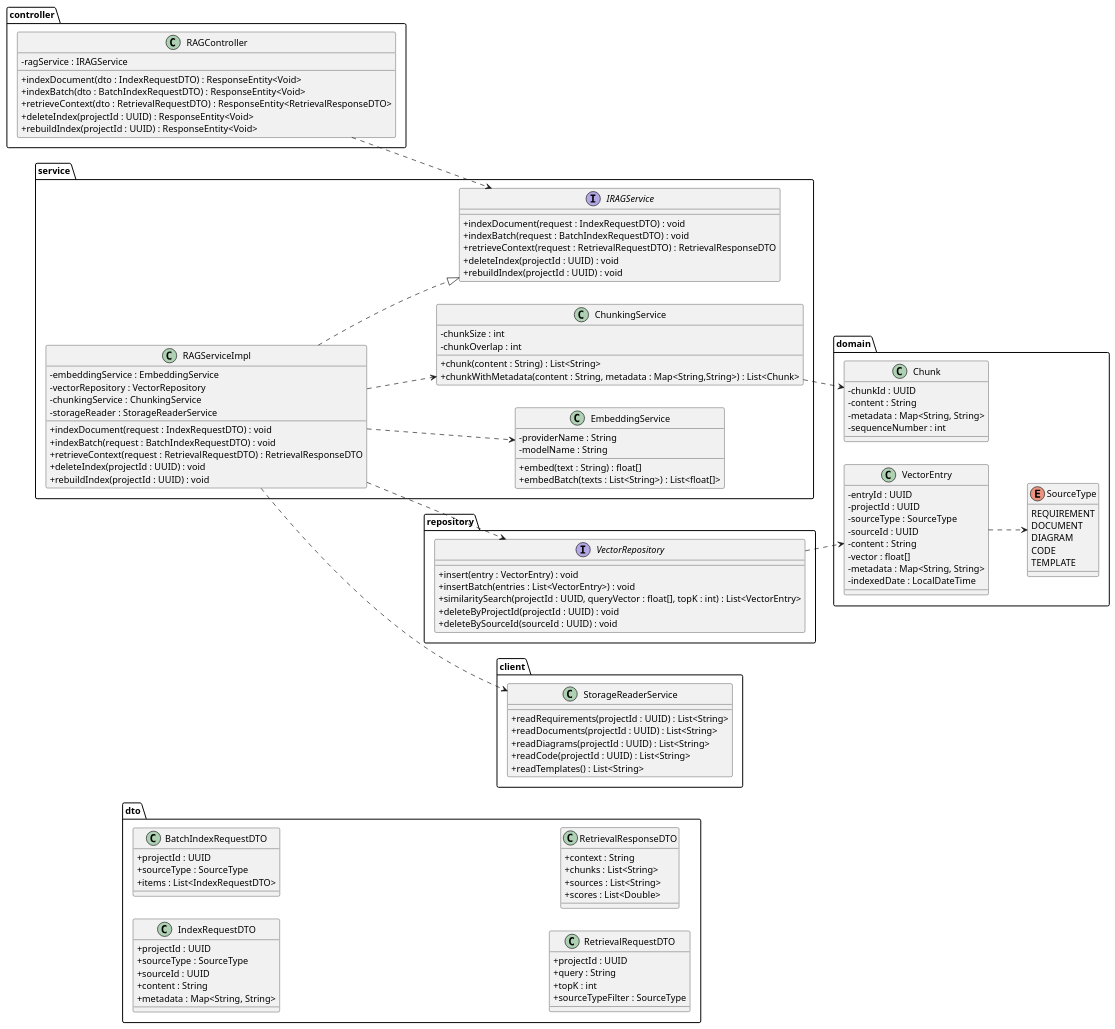
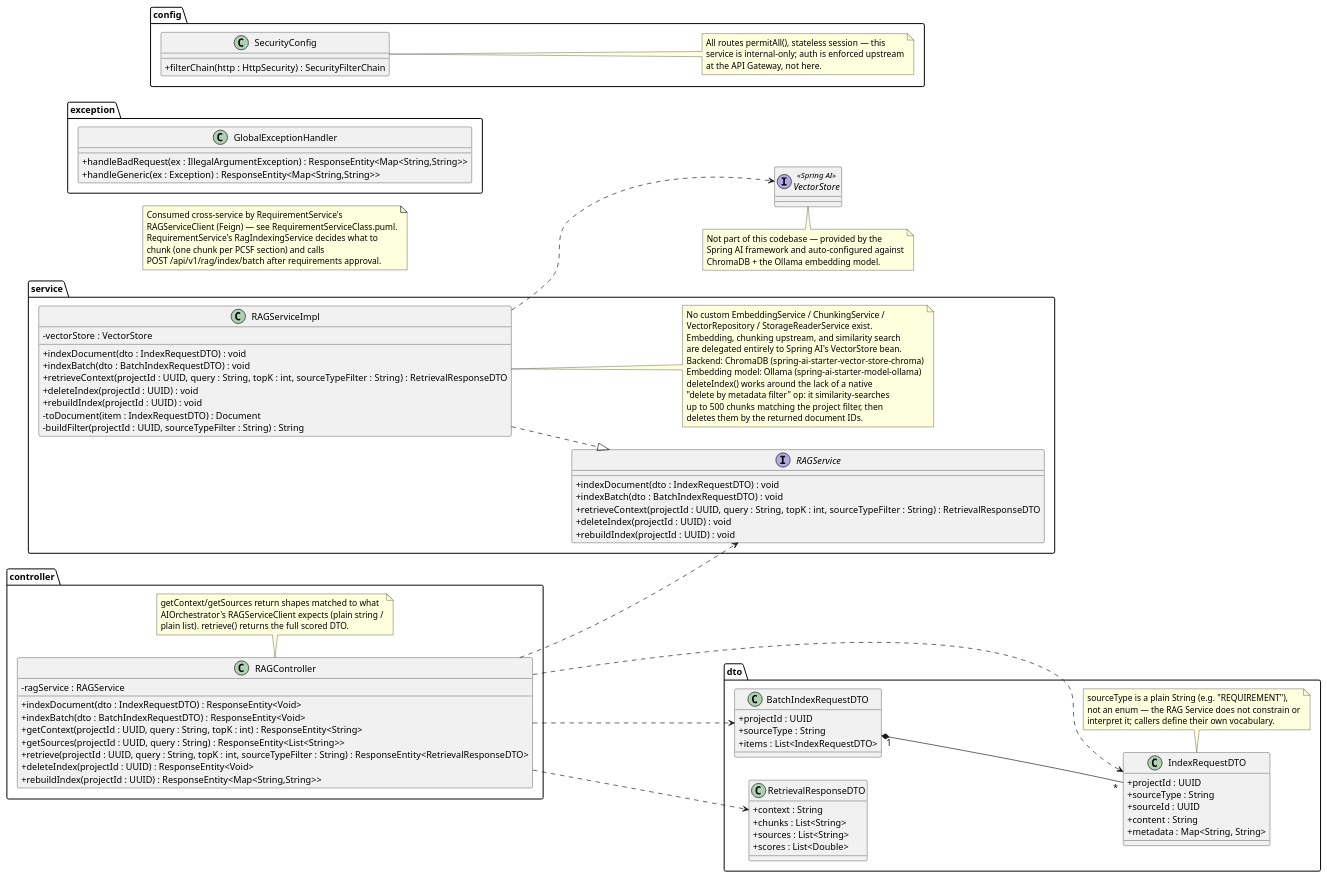
Before and after one commit to Astera-Lainey/Astyann: the diagram in backend/RAG service.puml, drawn with PlantUML. The commit also changed 3 other files, not shown here.

```diff
--- a/backend/RAG service.puml
+++ b/backend/RAG service.puml
@@ -4,140 +4,131 @@
 @startuml RAGService_DesignClass
 left to right direction
 skinparam classAttributeIconSize 0
 
 package "controller" {
   class RAGController {
-    -ragService : IRAGService
+    -ragService : RAGService
     +indexDocument(dto : IndexRequestDTO) : ResponseEntity<Void>
     +indexBatch(dto : BatchIndexRequestDTO) : ResponseEntity<Void>
-    +retrieveContext(dto : RetrievalRequestDTO) : ResponseEntity<RetrievalResponseDTO>
+    +getContext(projectId : UUID, query : String, topK : int) : ResponseEntity<String>
+    +getSources(projectId : UUID, query : String) : ResponseEntity<List<String>>
+    +retrieve(projectId : UUID, query : String, topK : int, sourceTypeFilter : String) : ResponseEntity<RetrievalResponseDTO>
     +deleteIndex(projectId : UUID) : ResponseEntity<Void>
-    +rebuildIndex(projectId : UUID) : ResponseEntity<Void>
+    +rebuildIndex(projectId : UUID) : ResponseEntity<Map<String,String>>
   }
+
+  note bottom of RAGController
+    getContext/getSources return shapes matched to what
+    AIOrchestrator's RAGServiceClient expects (plain string /
+    plain list). retrieve() returns the full scored DTO.
+  end note
 }
 
 package "service" {
-  interface IRAGService {
-    +indexDocument(request : IndexRequestDTO) : void
-    +indexBatch(request : BatchIndexRequestDTO) : void
-    +retrieveContext(request : RetrievalRequestDTO) : RetrievalResponseDTO
+  interface RAGService {
+    +indexDocument(dto : IndexRequestDTO) : void
+    +indexBatch(dto : BatchIndexRequestDTO) : void
+    +retrieveContext(projectId : UUID, query : String, topK : int, sourceTypeFilter : String) : RetrievalResponseDTO
     +deleteIndex(projectId : UUID) : void
     +rebuildIndex(projectId : UUID) : void
   }
 
   class RAGServiceImpl {
-    -embeddingService : EmbeddingService
-    -vectorRepository : VectorRepository
-    -chunkingService : ChunkingService
-    -storageReader : StorageReaderService
-    +indexDocument(request : IndexRequestDTO) : void
-    +indexBatch(request : BatchIndexRequestDTO) : void
-    +retrieveContext(request : RetrievalRequestDTO) : RetrievalResponseDTO
+    -vectorStore : VectorStore
+    +indexDocument(dto : IndexRequestDTO) : void
+    +indexBatch(dto : BatchIndexRequestDTO) : void
+    +retrieveContext(projectId : UUID, query : String, topK : int, sourceTypeFilter : String) : RetrievalResponseDTO
     +deleteIndex(projectId : UUID) : void
     +rebuildIndex(projectId : UUID) : void
+    -toDocument(item : IndexRequestDTO) : Document
+    -buildFilter(projectId : UUID, sourceTypeFilter : String) : String
   }
 
-  class EmbeddingService {
-    -providerName : String
-    -modelName : String
-    +embed(text : String) : float[]
-    +embedBatch(texts : List<String>) : List<float[]>
-  }
-
-  class ChunkingService {
-    -chunkSize : int
-    -chunkOverlap : int
-    +chunk(content : String) : List<String>
-    +chunkWithMetadata(content : String, metadata : Map<String,String>) : List<Chunk>
-  }
-}
-
-package "domain" {
-  class VectorEntry {
-    -entryId : UUID
-    -projectId : UUID
-    -sourceType : SourceType
-    -sourceId : UUID
-    -content : String
-    -vector : float[]
-    -metadata : Map<String, String>
-    -indexedDate : LocalDateTime
-  }
-
-  class Chunk {
-    -chunkId : UUID
-    -content : String
-    -metadata : Map<String, String>
-    -sequenceNumber : int
-  }
-
-  enum SourceType {
-    REQUIREMENT
-    DOCUMENT
-    DIAGRAM
-    CODE
-    TEMPLATE
-  }
-}
-
-package "repository" {
-  interface VectorRepository {
-    +insert(entry : VectorEntry) : void
-    +insertBatch(entries : List<VectorEntry>) : void
-    +similaritySearch(projectId : UUID, queryVector : float[], topK : int) : List<VectorEntry>
-    +deleteByProjectId(projectId : UUID) : void
-    +deleteBySourceId(sourceId : UUID) : void
-  }
+  note right of RAGServiceImpl
+    No custom EmbeddingService / ChunkingService /
+    VectorRepository / StorageReaderService exist.
+    Embedding, chunking upstream, and similarity search
+    are delegated entirely to Spring AI's VectorStore bean.
+    Backend: ChromaDB (spring-ai-starter-vector-store-chroma)
+    Embedding model: Ollama (spring-ai-starter-model-ollama)
+    deleteIndex() works around the lack of a native
+    "delete by metadata filter" op: it similarity-searches
+    up to 500 chunks matching the project filter, then
+    deletes them by the returned document IDs.
+  end note
 }
 
 package "dto" {
   class IndexRequestDTO {
     +projectId : UUID
-    +sourceType : SourceType
+    +sourceType : String
     +sourceId : UUID
     +content : String
     +metadata : Map<String, String>
   }
 
   class BatchIndexRequestDTO {
     +projectId : UUID
-    +sourceType : SourceType
+    +sourceType : String
     +items : List<IndexRequestDTO>
-  }
-
-  class RetrievalRequestDTO {
-    +projectId : UUID
-    +query : String
-    +topK : int
-    +sourceTypeFilter : SourceType
   }
 
   class RetrievalResponseDTO {
     +context : String
     +chunks : List<String>
     +sources : List<String>
     +scores : List<Double>
   }
+
+  note bottom of IndexRequestDTO
+    sourceType is a plain String (e.g. "REQUIREMENT"),
+    not an enum — the RAG Service does not constrain or
+    interpret it; callers define their own vocabulary.
+  end note
 }
 
-package "client" {
-  class StorageReaderService {
-    +readRequirements(projectId : UUID) : List<String>
-    +readDocuments(projectId : UUID) : List<String>
-    +readDiagrams(projectId : UUID) : List<String>
-    +readCode(projectId : UUID) : List<String>
-    +readTemplates() : List<String>
+package "exception" {
+  class GlobalExceptionHandler {
+    +handleBadRequest(ex : IllegalArgumentException) : ResponseEntity<Map<String,String>>
+    +handleGeneric(ex : Exception) : ResponseEntity<Map<String,String>>
   }
 }
 
-RAGController       ..>  IRAGService
-RAGServiceImpl       ..|> IRAGService
-RAGServiceImpl       ..>  EmbeddingService
-RAGServiceImpl       ..>  VectorRepository
-RAGServiceImpl       ..>  ChunkingService
-RAGServiceImpl       ..>  StorageReaderService
-ChunkingService      ..>  Chunk
-VectorRepository     ..>  VectorEntry
-VectorEntry          ..>  SourceType
+package "config" {
+  class SecurityConfig {
+    +filterChain(http : HttpSecurity) : SecurityFilterChain
+  }
+
+  note right of SecurityConfig
+    All routes permitAll(), stateless session — this
+    service is internal-only; auth is enforced upstream
+    at the API Gateway, not here.
+  end note
+}
+
+interface VectorStore <<Spring AI>> {
+}
+
+note bottom of VectorStore
+  Not part of this codebase — provided by the
+  Spring AI framework and auto-configured against
+  ChromaDB + the Ollama embedding model.
+end note
+
+RAGController        ..>  RAGService
+RAGServiceImpl        ..|> RAGService
+RAGServiceImpl        ..>  VectorStore
+RAGController         ..>  IndexRequestDTO
+RAGController         ..>  BatchIndexRequestDTO
+RAGController         ..>  RetrievalResponseDTO
+BatchIndexRequestDTO  "1" *-- "*" IndexRequestDTO
+
+note as N1
+  Consumed cross-service by RequirementService's
+  RAGServiceClient (Feign) — see RequirementServiceClass.puml.
+  RequirementService's RagIndexingService decides what to
+  chunk (one chunk per PCSF section) and calls
+  POST /api/v1/rag/index/batch after requirements approval.
+end note
 
 @enduml
```
